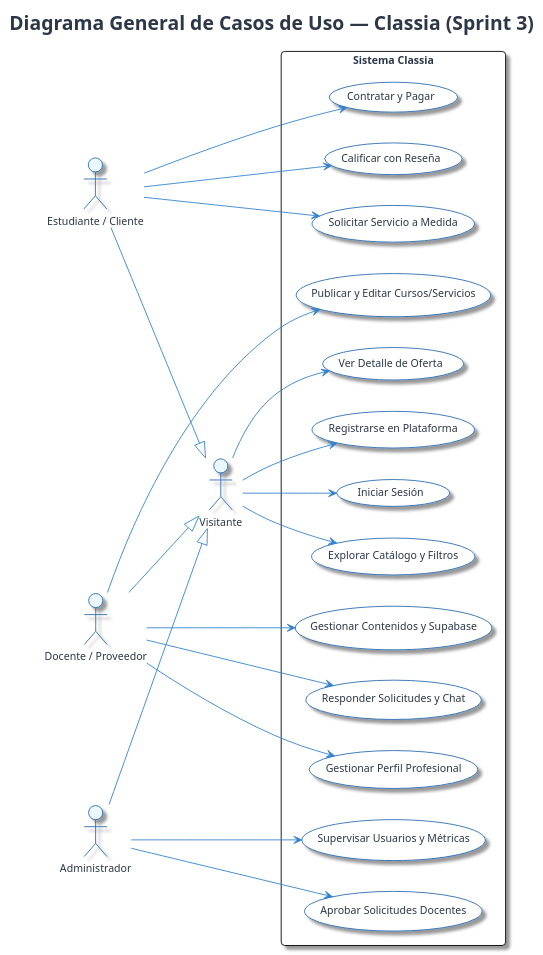
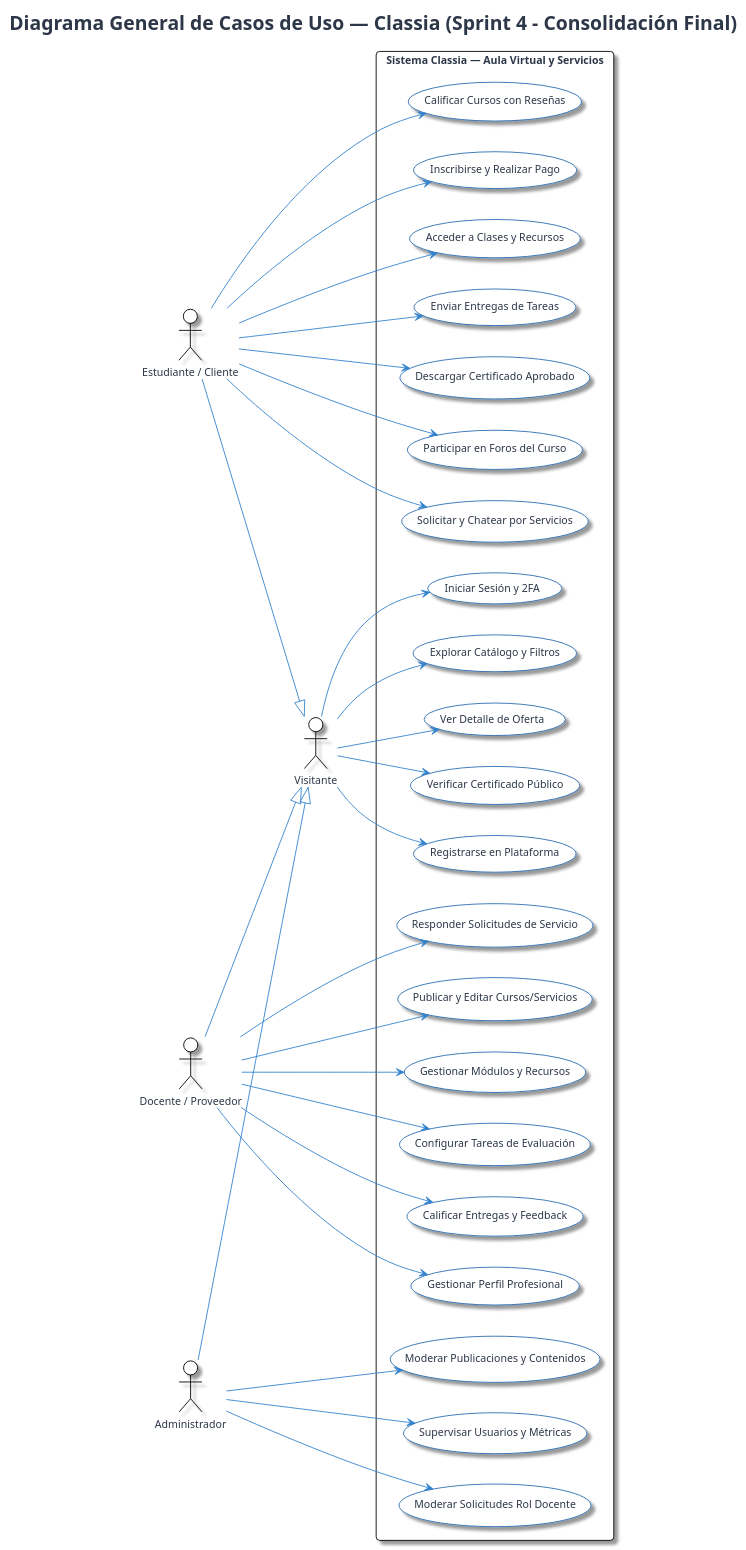
Before and after one commit to Matiuz06/Proyecto_TIS_Classia: the diagram in docs/diagramas/casos_de_uso_general.puml, drawn with PlantUML. The commit also changed 6 other files, not shown here.

Commit message:
docs: actualizar diagramas de casos de uso y clases para Sprint 4; depurar comentarios de dump en schema.sql

```diff
--- a/docs/diagramas/casos_de_uso_general.puml
+++ b/docs/diagramas/casos_de_uso_general.puml
@@ -1,82 +1,86 @@
 @startuml casos_de_uso_general
 !theme plain
 
 skinparam backgroundColor #FFFFFF
 skinparam shadowing true
 skinparam roundcorner 8
 skinparam defaultFontName 'Segoe UI', 'Helvetica', 'Arial', sans-serif
 skinparam defaultFontSize 12
 skinparam defaultFontColor #2D3748
 
-skinparam class {
-    BackgroundColor #FFFFFF
-    ArrowColor #3182CE
-    BorderColor #2B6CB0
-    HeaderBackgroundColor #EBF8FF
-}
-skinparam entity {
-    BackgroundColor #FFFFFF
-    BorderColor #2B6CB0
-}
-skinparam sequence {
-    ActorBorderColor #2B6CB0
-    ActorBackgroundColor #EBF8FF
-    ParticipantBorderColor #2B6CB0
-    ParticipantBackgroundColor #EBF8FF
-    LifeLineBorderColor #4A5568
-    LifeLineBackgroundColor #EDF2F7
-    ArrowColor #2B6CB0
-}
 skinparam usecase {
     BackgroundColor #FFFFFF
     BorderColor #2B6CB0
     ArrowColor #3182CE
     ActorBorderColor #2B6CB0
     ActorBackgroundColor #EBF8FF
 }
 
-title Diagrama General de Casos de Uso — Classia (Sprint 3)
+title Diagrama General de Casos de Uso — Classia (Sprint 4 - Consolidación Final)
 
 left to right direction
 
 actor "Visitante" as Visitante
 actor "Estudiante / Cliente" as Estudiante
 actor "Docente / Proveedor" as Docente
 actor "Administrador" as Admin
 
-rectangle "Sistema Classia" {
+rectangle "Sistema Classia — Aula Virtual y Servicios" {
+  ' Visitante / Común
   usecase "Registrarse en Plataforma" as UC_Reg
-  usecase "Iniciar Sesión" as UC_Login
+  usecase "Iniciar Sesión y 2FA" as UC_Login
   usecase "Explorar Catálogo y Filtros" as UC_Cat
   usecase "Ver Detalle de Oferta" as UC_Det
-  usecase "Solicitar Servicio a Medida" as UC_Sol
-  usecase "Contratar y Pagar" as UC_Pay
-  usecase "Calificar con Reseña" as UC_Val
+  usecase "Verificar Certificado Público" as UC_VerifCert
+
+  ' Estudiante
+  usecase "Inscribirse y Realizar Pago" as UC_Pay
+  usecase "Acceder a Clases y Recursos" as UC_Clases
+  usecase "Enviar Entregas de Tareas" as UC_Entregas
+  usecase "Descargar Certificado Aprobado" as UC_Cert
+  usecase "Participar en Foros del Curso" as UC_Foro
+  usecase "Solicitar y Chatear por Servicios" as UC_Sol
+  usecase "Calificar Cursos con Reseñas" as UC_Val
+
+  ' Docente
   usecase "Publicar y Editar Cursos/Servicios" as UC_Pub
-  usecase "Gestionar Contenidos y Supabase" as UC_Cont
-  usecase "Responder Solicitudes y Chat" as UC_RespSol
+  usecase "Gestionar Módulos y Recursos" as UC_Cont
+  usecase "Configurar Tareas de Evaluación" as UC_ConfTareas
+  usecase "Calificar Entregas y Feedback" as UC_Calif
   usecase "Gestionar Perfil Profesional" as UC_Perf
+  usecase "Responder Solicitudes de Servicio" as UC_RespSol
+
+  ' Administrador
   usecase "Supervisar Usuarios y Métricas" as UC_Adm
-  usecase "Aprobar Solicitudes Docentes" as UC_ApprDoc
+  usecase "Moderar Solicitudes Rol Docente" as UC_ApprDoc
+  usecase "Moderar Publicaciones y Contenidos" as UC_ModPub
 }
 
 Visitante --> UC_Reg
 Visitante --> UC_Login
 Visitante --> UC_Cat
 Visitante --> UC_Det
+Visitante --> UC_VerifCert
 
 Estudiante --|> Visitante
+Estudiante --> UC_Pay
+Estudiante --> UC_Clases
+Estudiante --> UC_Entregas
+Estudiante --> UC_Cert
+Estudiante --> UC_Foro
 Estudiante --> UC_Sol
-Estudiante --> UC_Pay
 Estudiante --> UC_Val
 
 Docente --|> Visitante
 Docente --> UC_Pub
 Docente --> UC_Cont
+Docente --> UC_ConfTareas
+Docente --> UC_Calif
+Docente --> UC_Perf
 Docente --> UC_RespSol
-Docente --> UC_Perf
 
 Admin --|> Visitante
 Admin --> UC_Adm
 Admin --> UC_ApprDoc
+Admin --> UC_ModPub
 @enduml
```
